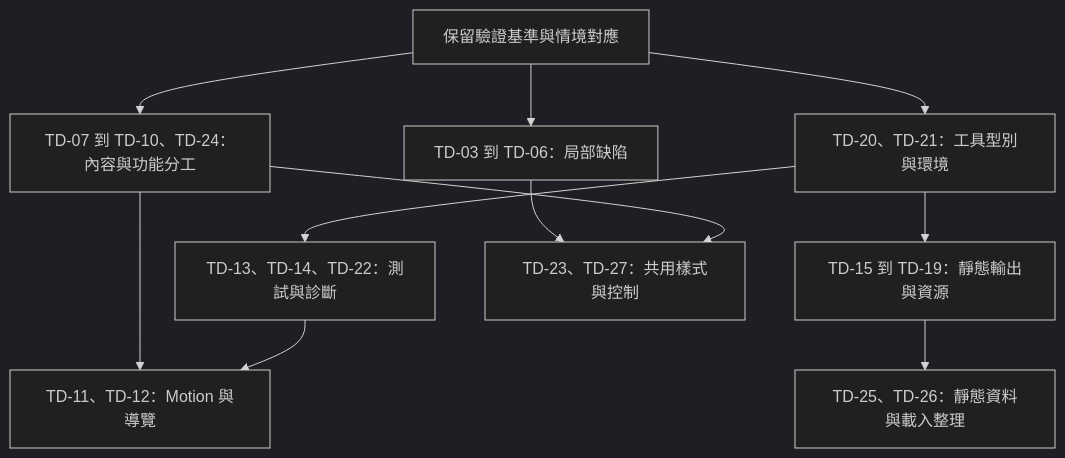
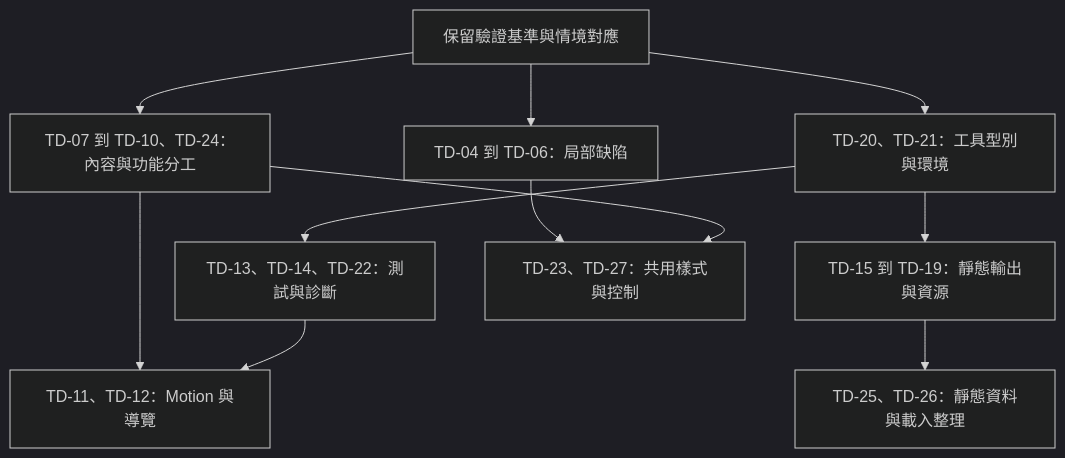
One commit to bingyangchen/bingyangchen.github.io changed the third of 3 diagrams in docs/plans/0001-codebase-technical-debt.md. Above: the diagram before and after it, drawn with Mermaid (dark theme). The commit also changed other lines of this file and 10 other files, not shown here.

````diff
--- a/docs/plans/0001-codebase-technical-debt.md
+++ b/docs/plans/0001-codebase-technical-debt.md
@@ -405,13 +382,13 @@
 ```mermaid
 flowchart TD
-  baseline[保留驗證基準與情境對應] --> fixes[TD-03 到 TD-06：局部缺陷]
+  baseline[保留驗證基準與情境對應] --> fixes[TD-04 到 TD-06：局部缺陷]
   baseline --> tooling[TD-20、TD-21：工具型別與環境]
   baseline --> content[TD-07 到 TD-10、TD-24：內容與功能分工]
   tooling --> tests[TD-13、TD-14、TD-22：測試與診斷]
   tooling --> build[TD-15 到 TD-19：靜態輸出與資源]
   content --> logic[TD-11、TD-12：Motion 與導覽]
   tests --> logic
   fixes --> styles[TD-23、TD-27：共用樣式與控制]
   content --> styles
   build --> optional[TD-25、TD-26：靜態資料與載入整理]
 ```
````
